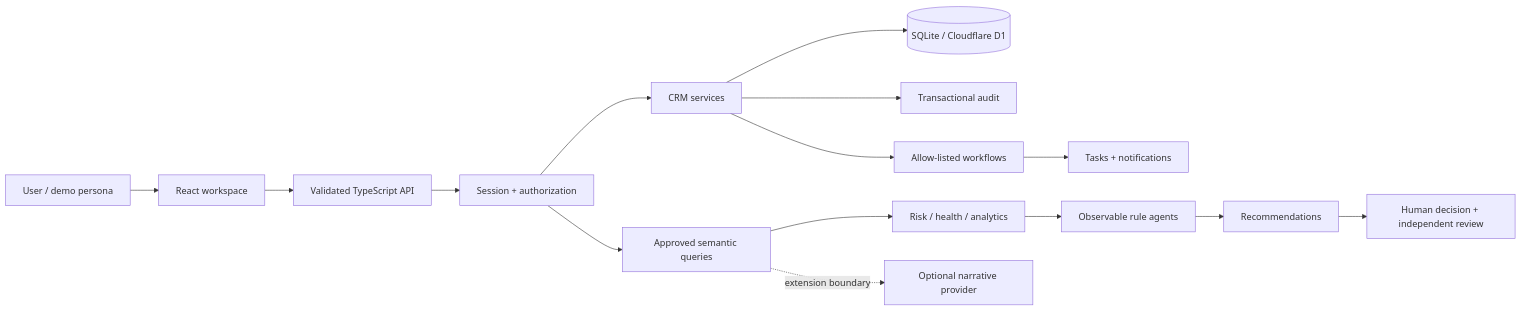
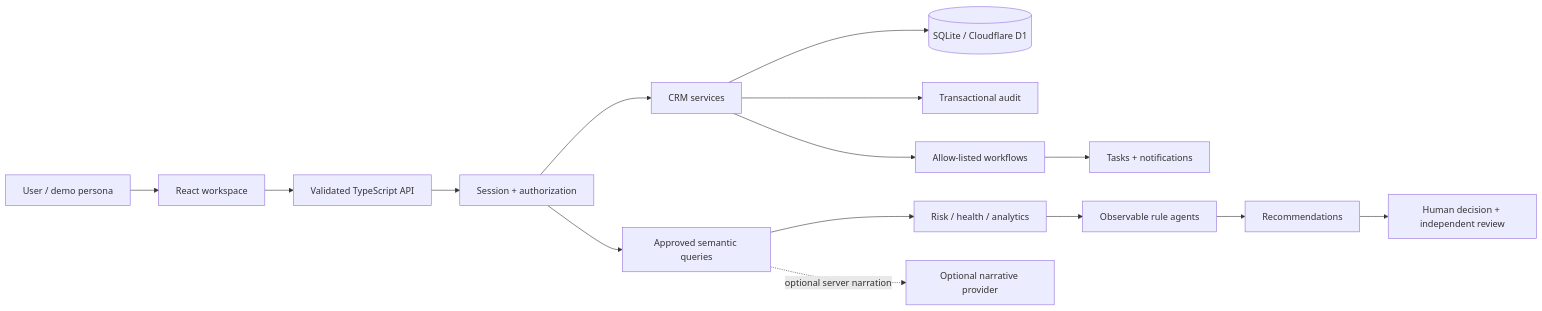
The diagram in README.md (Jithendra-data/datrixon-ai-crm), drawn with Mermaid before and after one commit. The commit also changed other lines of this file and 33 other files, not shown here.

````diff
--- a/README.md
+++ b/README.md
@@ -55,17 +67,17 @@
 ```mermaid
 flowchart LR
   U[User / demo persona] --> UI[React workspace]
   UI --> API[Validated TypeScript API]
   API --> AUTH[Session + authorization]
   AUTH --> CRM[CRM services]
   CRM --> DB[(SQLite / Cloudflare D1)]
   CRM --> AUDIT[Transactional audit]
   AUTH --> SEM[Approved semantic queries]
   SEM --> INT[Risk / health / analytics]
   INT --> AG[Observable rule agents]
   AG --> NBA[Recommendations]
   NBA --> HUMAN[Human decision + independent review]
   CRM --> WF[Allow-listed workflows]
   WF --> NT[Tasks + notifications]
-  SEM -. extension boundary .-> LLM[Optional narrative provider]
+  SEM -. optional server narration .-> LLM[Optional narrative provider]
 ```
````
